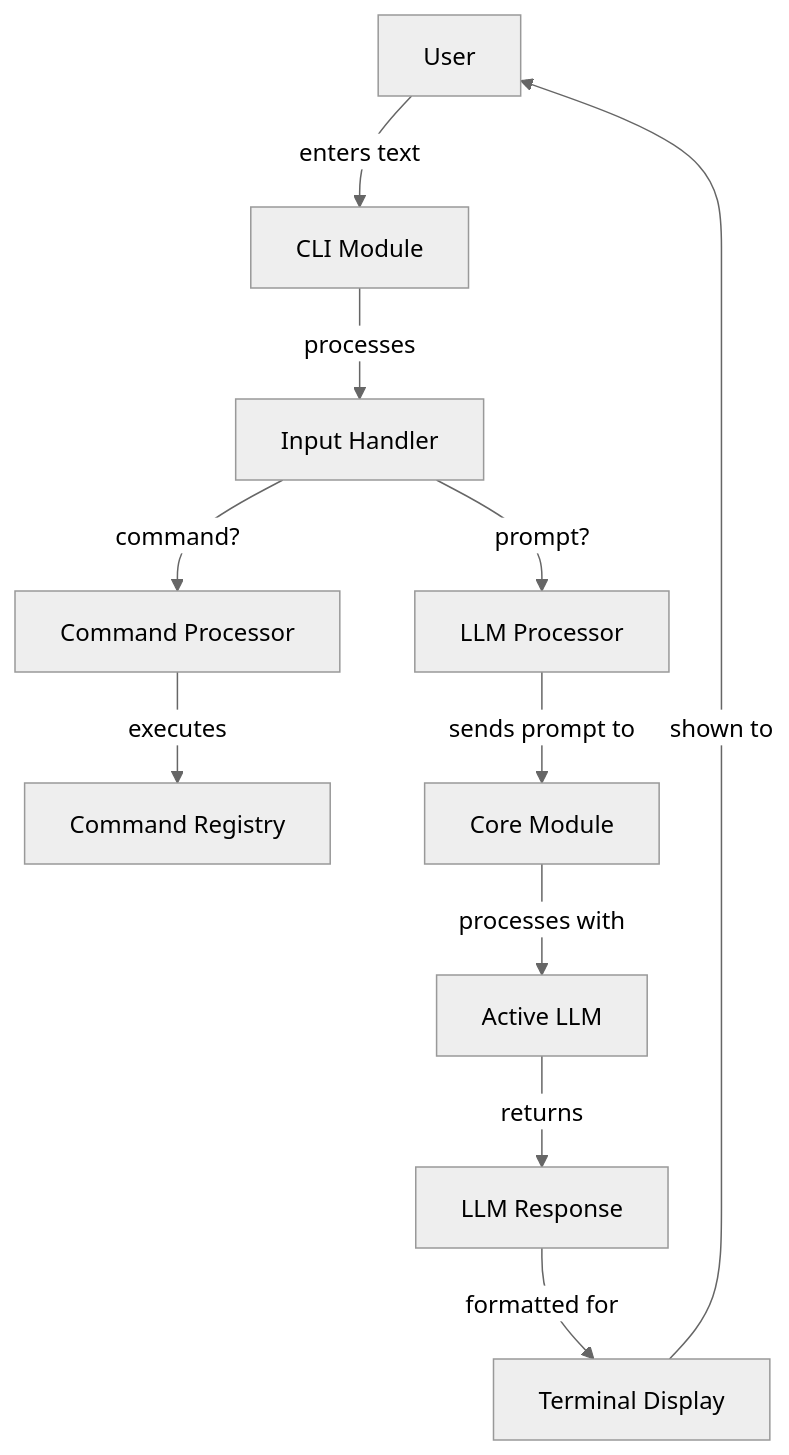
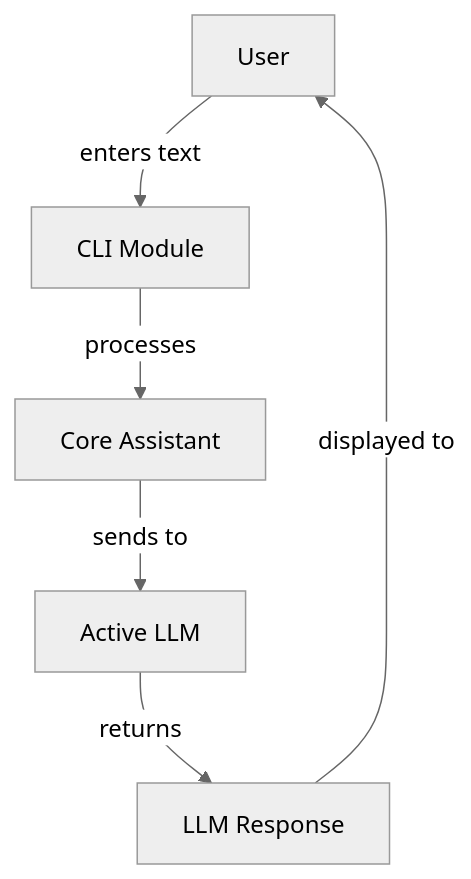
The diagram in docs/cli/README.md (manorrock/assistant), drawn with Mermaid (neutral theme) before and after one commit. The commit also changed other lines of this file and 69 other files, not shown here.

````diff
--- a/docs/cli/README.md
+++ b/docs/cli/README.md
@@ -13,13 +13,8 @@
 ```mermaid
 graph TD
     User[User] -->|enters text| CLI[CLI Module]
-    CLI -->|processes| Input[Input Handler]
-    Input -->|command?| CommandProcessor[Command Processor]
-    Input -->|prompt?| LLMProcessor[LLM Processor]
-    CommandProcessor -->|executes| Commands[Command Registry]
-    LLMProcessor -->|sends prompt to| Core[Core Module]
-    Core -->|processes with| LLM[Active LLM]
+    CLI -->|processes| CoreAssistant[Core Assistant]
+    CoreAssistant -->|sends to| LLM[Active LLM]
     LLM -->|returns| Response[LLM Response]
-    Response -->|formatted for| Terminal[Terminal Display]
-    Terminal -->|shown to| User
+    Response -->|displayed to| User
 ```
````
